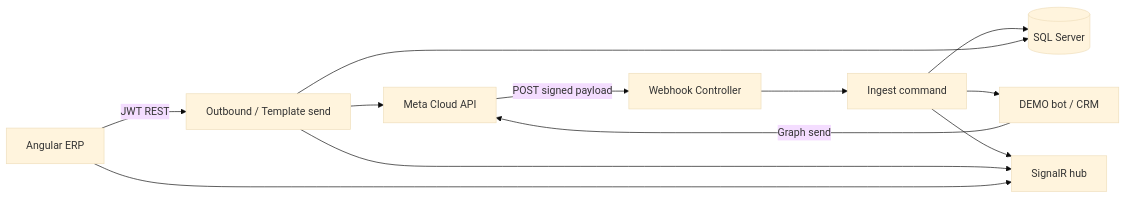
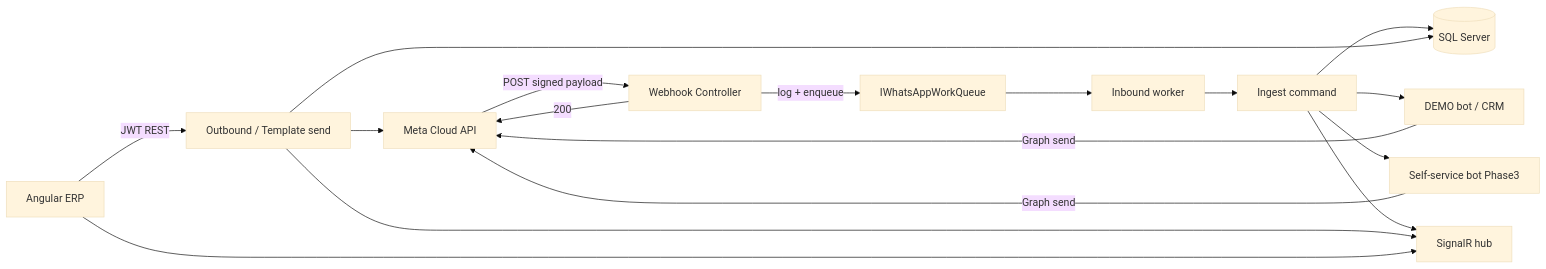
Before and after one commit to alirazatahir1234/Sheikh-Travel-System: the diagram in docs/whatsapp/ARCHITECTURE.md, drawn with Mermaid (base theme). The commit also changed other lines of this file and 134 other files, not shown here.

````diff
--- a/docs/whatsapp/ARCHITECTURE.md
+++ b/docs/whatsapp/ARCHITECTURE.md
@@ -7,23 +7,31 @@
 ```mermaid
 flowchart LR
   meta[Meta Cloud API]
   wh[Webhook Controller]
+  q[IWhatsAppWorkQueue]
+  worker[Inbound worker]
   ingest[Ingest command]
   db[(SQL Server)]
   bot[DEMO bot / CRM]
+  ss[Self-service bot Phase3]
   hub[SignalR hub]
   erp[Angular ERP]
   out[Outbound / Template send]
 
   meta -->|POST signed payload| wh
-  wh --> ingest
+  wh -->|log + enqueue| q
+  wh -->|200| meta
+  q --> worker
+  worker --> ingest
   ingest --> db
   ingest --> bot
+  ingest --> ss
   bot -->|Graph send| meta
+  ss -->|Graph send| meta
   ingest --> hub
   out --> meta
   out --> db
   out --> hub
   erp -->|JWT REST| out
   erp --> hub
 ```
````
